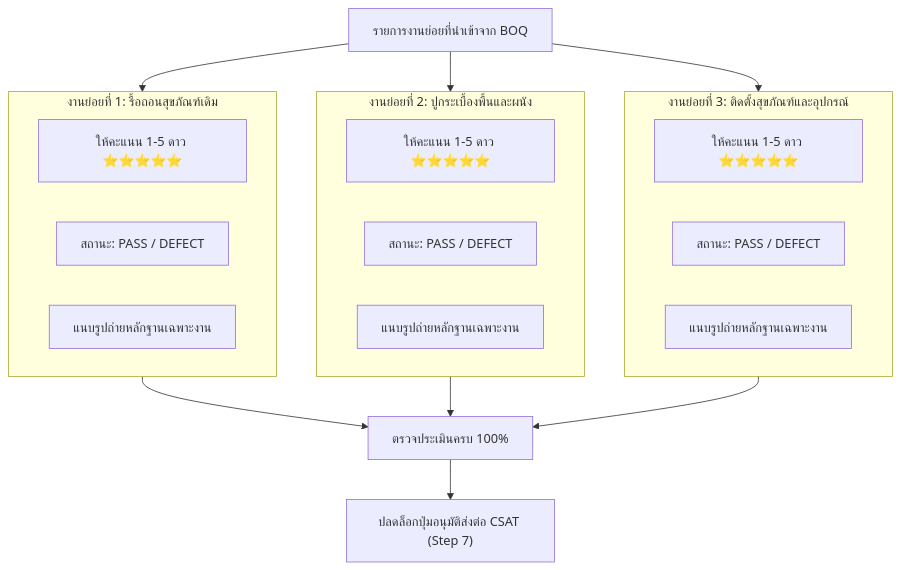
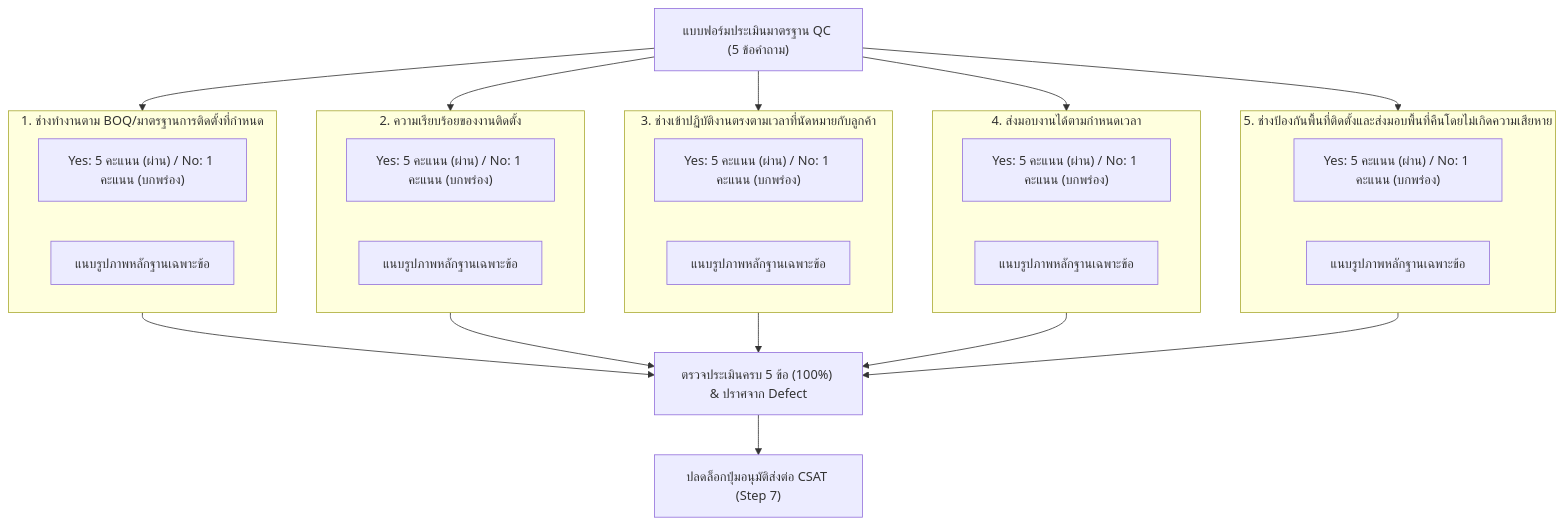
Before and after one commit to isarachootip/pmt_flow: the fifth of 5 diagrams in doc/คู่มือการใช้งาน_Step6_ตรวจรับรองคุณภาพQC.md, drawn with Mermaid. The commit also changed other lines of this file and 3 other files, not shown here.

````diff
--- a/doc/คู่มือการใช้งาน_Step6_ตรวจรับรองคุณภาพQC.md
+++ b/doc/คู่มือการใช้งาน_Step6_ตรวจรับรองคุณภาพQC.md
@@ -188,32 +188,43 @@
 ```mermaid
 graph TD
-    BOQ["รายการงานย่อยที่นำเข้าจาก BOQ"]
+    QC["แบบฟอร์มประเมินมาตรฐาน QC (5 ข้อคำถาม)"]
     
-    subgraph ST1["งานย่อยที่ 1: รื้อถอนสุขภัณฑ์เดิม"]
-        R1["ให้คะแนน 1-5 ดาว ⭐⭐⭐⭐⭐"]
-        S1["สถานะ: PASS / DEFECT"]
-        P1["แนบรูปถ่ายหลักฐานเฉพาะงาน"]
+    subgraph Q1["1. ช่างทำงานตาม BOQ/มาตรฐานการติดตั้งที่กำหนด"]
+        A1["Yes: 5 คะแนน (ผ่าน) / No: 1 คะแนน (บกพร่อง)"]
+        P1["แนบรูปภาพหลักฐานเฉพาะข้อ"]
     end
 
-    subgraph ST2["งานย่อยที่ 2: ปูกระเบื้องพื้นและผนัง"]
-        R2["ให้คะแนน 1-5 ดาว ⭐⭐⭐⭐⭐"]
-        S2["สถานะ: PASS / DEFECT"]
-        P2["แนบรูปถ่ายหลักฐานเฉพาะงาน"]
+    subgraph Q2["2. ความเรียบร้อยของงานติดตั้ง"]
+        A2["Yes: 5 คะแนน (ผ่าน) / No: 1 คะแนน (บกพร่อง)"]
+        P2["แนบรูปภาพหลักฐานเฉพาะข้อ"]
     end
 
-    subgraph ST3["งานย่อยที่ 3: ติดตั้งสุขภัณฑ์และอุปกรณ์"]
-        R3["ให้คะแนน 1-5 ดาว ⭐⭐⭐⭐⭐"]
-        S3["สถานะ: PASS / DEFECT"]
-        P3["แนบรูปถ่ายหลักฐานเฉพาะงาน"]
+    subgraph Q3["3. ช่างเข้าปฏิบัติงานตรงตามเวลาที่นัดหมายกับลูกค้า"]
+        A3["Yes: 5 คะแนน (ผ่าน) / No: 1 คะแนน (บกพร่อง)"]
+        P3["แนบรูปภาพหลักฐานเฉพาะข้อ"]
     end
 
-    BOQ --> ST1
-    BOQ --> ST2
-    BOQ --> ST3
+    subgraph Q4["4. ส่งมอบงานได้ตามกำหนดเวลา"]
+        A4["Yes: 5 คะแนน (ผ่าน) / No: 1 คะแนน (บกพร่อง)"]
+        P4["แนบรูปภาพหลักฐานเฉพาะข้อ"]
+    end
 
-    ST1 --> Check["ตรวจประเมินครบ 100%"]
-    ST2 --> Check
-    ST3 --> Check
+    subgraph Q5["5. ช่างป้องกันพื้นที่ติดตั้งและส่งมอบพื้นที่คืนโดยไม่เกิดความเสียหาย"]
+        A5["Yes: 5 คะแนน (ผ่าน) / No: 1 คะแนน (บกพร่อง)"]
+        P5["แนบรูปภาพหลักฐานเฉพาะข้อ"]
+    end
+
+    QC --> Q1
+    QC --> Q2
+    QC --> Q3
+    QC --> Q4
+    QC --> Q5
+
+    Q1 --> Check["ตรวจประเมินครบ 5 ข้อ (100%) & ปราศจาก Defect"]
+    Q2 --> Check
+    Q3 --> Check
+    Q4 --> Check
+    Q5 --> Check
 
     Check --> Approve["ปลดล็อกปุ่มอนุมัติส่งต่อ CSAT (Step 7)"]
 ```
````
